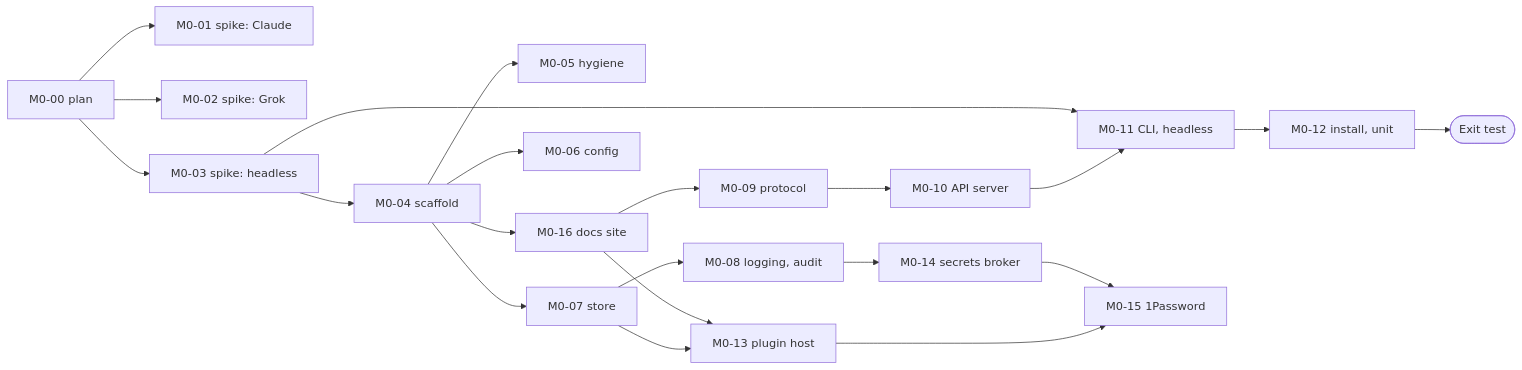
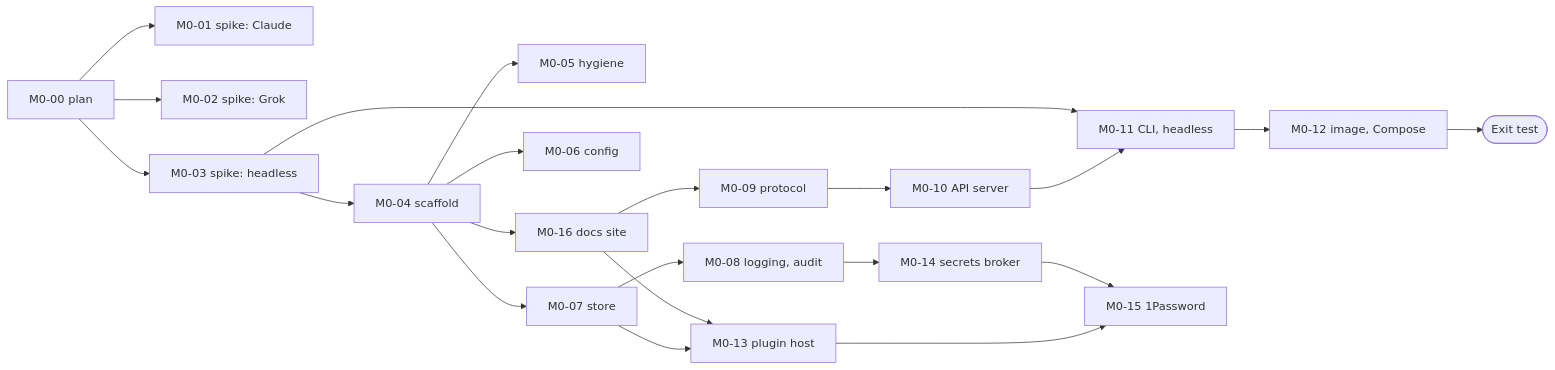
One commit to jcore9/Aphelion changed the diagram in docs/plan/milestones/M0-foundations.md. Above: the diagram before and after it, drawn with Mermaid. The commit also changed other lines of this file and 7 other files, not shown here.

````diff
--- a/docs/plan/milestones/M0-foundations.md
+++ b/docs/plan/milestones/M0-foundations.md
@@ -53,23 +53,23 @@
 ```mermaid
 flowchart LR
   m00["M0-00 plan"] --> s1["M0-01 spike: Claude"]
   m00 --> s2["M0-02 spike: Grok"]
   m00 --> s3["M0-03 spike: headless"]
   s3 --> m04["M0-04 scaffold"]
   m04 --> m05["M0-05 hygiene"]
   m04 --> m16["M0-16 docs site"]
   m04 --> m06["M0-06 config"]
   m04 --> m07["M0-07 store"]
   m07 --> m08["M0-08 logging, audit"]
   m16 --> m09["M0-09 protocol"]
   m09 --> m10["M0-10 API server"]
   m10 --> m11["M0-11 CLI, headless"]
   s3 --> m11
-  m11 --> m12["M0-12 install, unit"]
+  m11 --> m12["M0-12 image, Compose"]
   m07 --> m13["M0-13 plugin host"]
   m16 --> m13
   m08 --> m14["M0-14 secrets broker"]
   m13 --> m15["M0-15 1Password"]
   m14 --> m15
   m12 --> exit(["Exit test"])
 ```
````
